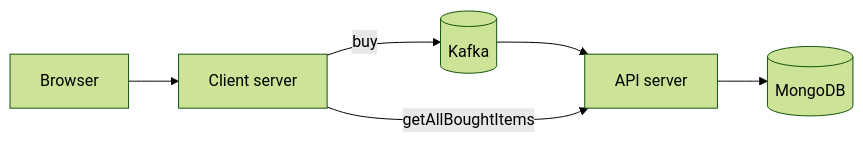
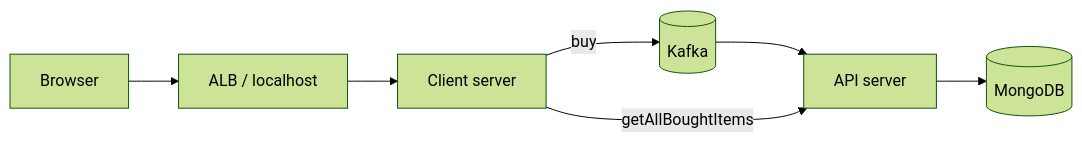
The diagram in README.md (Telsek/python-kafka-mongo), drawn with Mermaid (forest theme) before and after one commit. The commit also changed other lines of this file and 15 other files, not shown here.

````diff
--- a/README.md
+++ b/README.md
@@ -26,8 +22,9 @@
 ```mermaid
 flowchart LR
-    U[Browser] --> C[Client server]
+    U[Browser] --> L[ALB / localhost]
+    L --> C[Client server]
     C -->|buy| K[(Kafka)]
     K --> A[API server]
     A --> M[(MongoDB)]
     C -->|getAllBoughtItems| A
 ```
````
